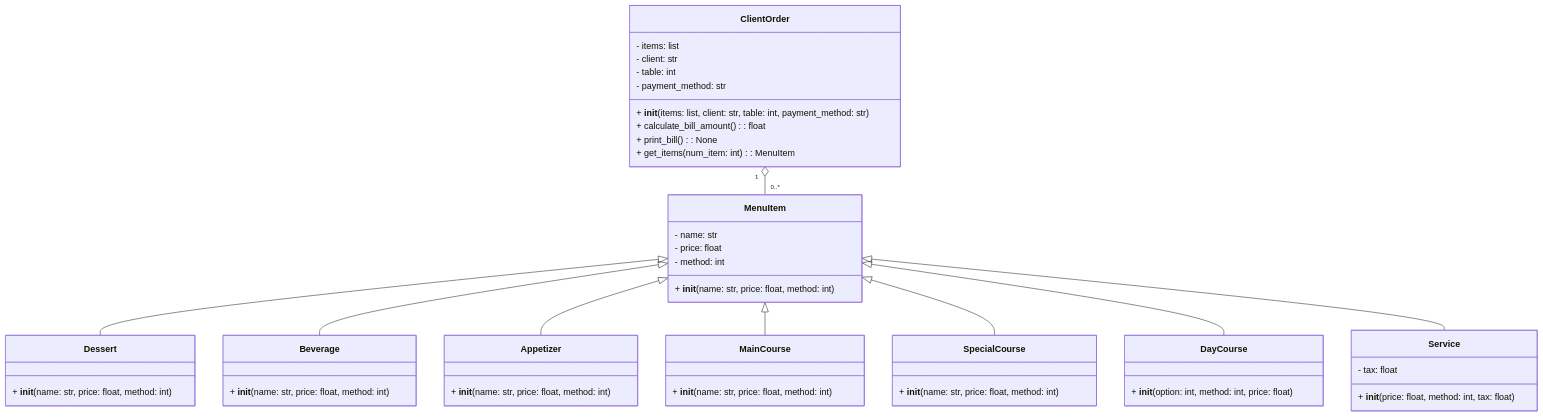
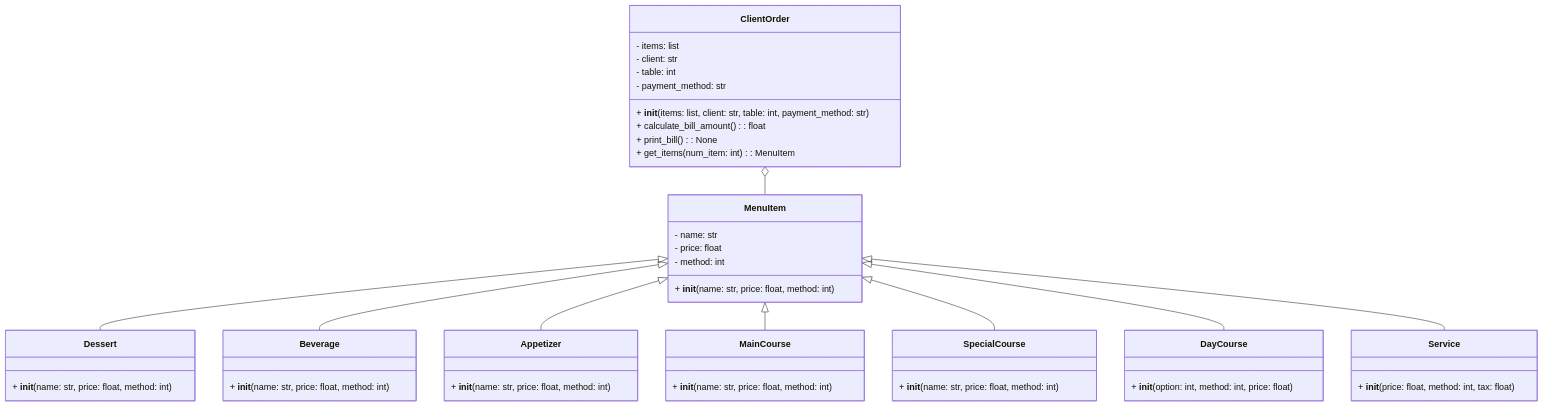
Before and after one commit to dmeloca/poo_unal_retos: the diagram in challenge_3/wiki.md, drawn with Mermaid.

````diff
--- a/challenge_3/wiki.md
+++ b/challenge_3/wiki.md
@@ -1,50 +1,49 @@
 ```mermaid
 classDiagram
     class MenuItem {
         - name: str
         - price: float
         - method: int
         + __init__(name: str, price: float, method: int)
     }
     class Dessert {
         + __init__(name: str, price: float, method: int)
     }
     class Beverage {
         + __init__(name: str, price: float, method: int)
     }
     class Appetizer {
         + __init__(name: str, price: float, method: int)
     }
     class MainCourse {
         + __init__(name: str, price: float, method: int)
     }
     class SpecialCourse {
         + __init__(name: str, price: float, method: int)
     }
     class DayCourse {
         + __init__(option: int, method: int, price: float)
     }
     class Service {
-        - tax: float
         + __init__(price: float, method: int, tax: float)
     }
     class ClientOrder {
         - items: list
         - client: str
         - table: int
         - payment_method: str
         + __init__(items: list, client: str, table: int, payment_method: str)
         + calculate_bill_amount(): float
         + print_bill(): None
         + get_items(num_item: int): MenuItem
     }
     MenuItem <|-- Dessert
     MenuItem <|-- Beverage
     MenuItem <|-- Appetizer
     MenuItem <|-- MainCourse
     MenuItem <|-- SpecialCourse
     MenuItem <|-- DayCourse
     MenuItem <|-- Service
-    ClientOrder "1" o-- "0..*" MenuItem
+    ClientOrder  o-- MenuItem
 
 ```
````
